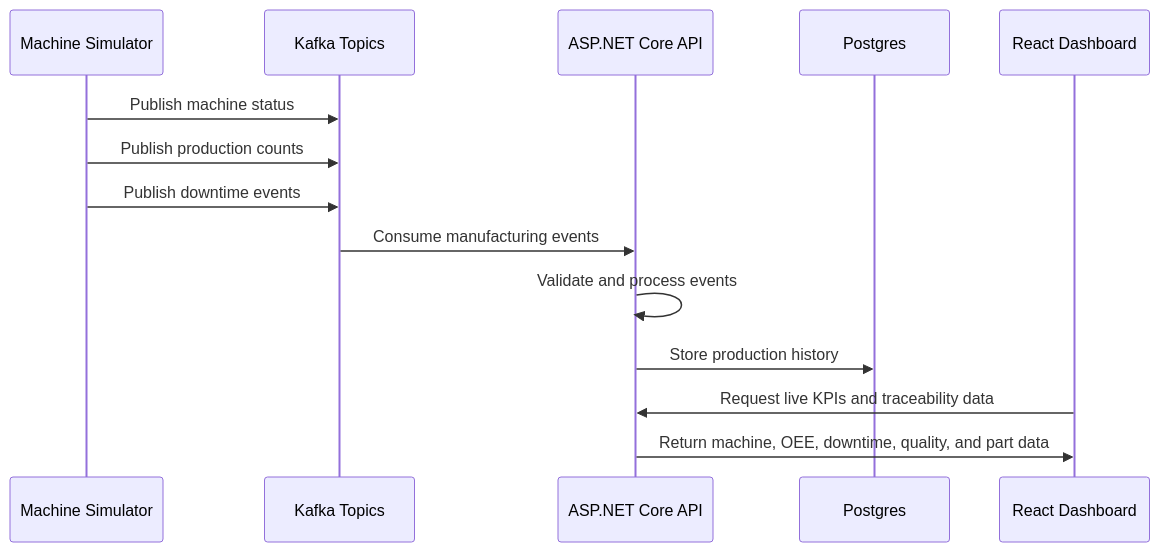
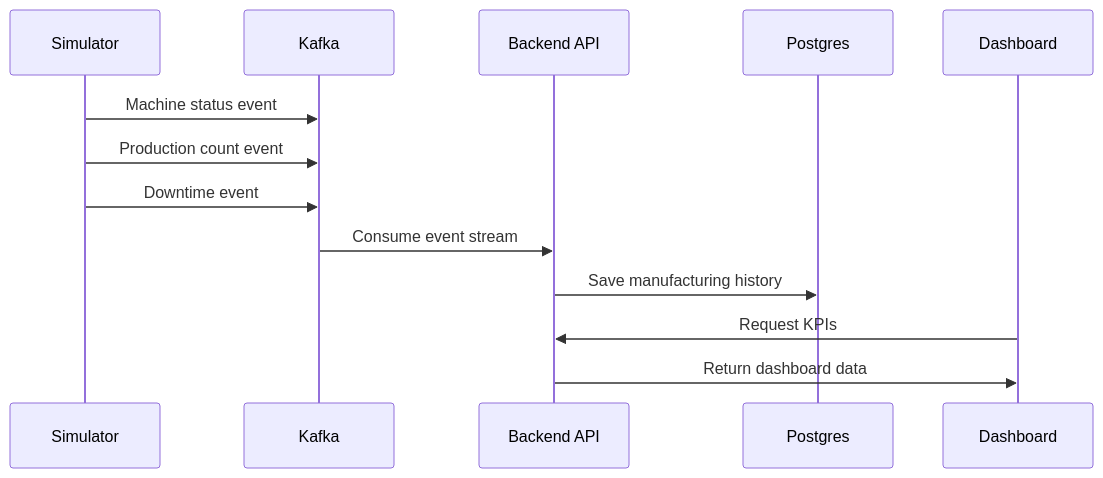
The second of 7 diagrams in README.md (parthoece/fabiq-smart-factory), drawn with Mermaid before and after one commit. The commit also changed other lines of this file, not shown here.

Commit message:
modified readme visual diagram

````diff
--- a/README.md
+++ b/README.md
@@ -62,17 +45,16 @@
 ```mermaid
 sequenceDiagram
-    participant Sim as Machine Simulator
-    participant Kafka as Kafka Topics
-    participant Api as ASP.NET Core API
-    participant Db as Postgres
-    participant UI as React Dashboard
+    participant Sim as Simulator
+    participant Kafka as Kafka
+    participant API as Backend API
+    participant DB as Postgres
+    participant UI as Dashboard
 
-    Sim->>Kafka: Publish machine status
-    Sim->>Kafka: Publish production counts
-    Sim->>Kafka: Publish downtime events
-    Kafka->>Api: Consume manufacturing events
-    Api->>Api: Validate and process events
-    Api->>Db: Store production history
-    UI->>Api: Request live KPIs and traceability data
-    Api->>UI: Return machine, OEE, downtime, quality, and part data
+    Sim->>Kafka: Machine status event
+    Sim->>Kafka: Production count event
+    Sim->>Kafka: Downtime event
+    Kafka->>API: Consume event stream
+    API->>DB: Save manufacturing history
+    UI->>API: Request KPIs
+    API->>UI: Return dashboard data
 ```
````
